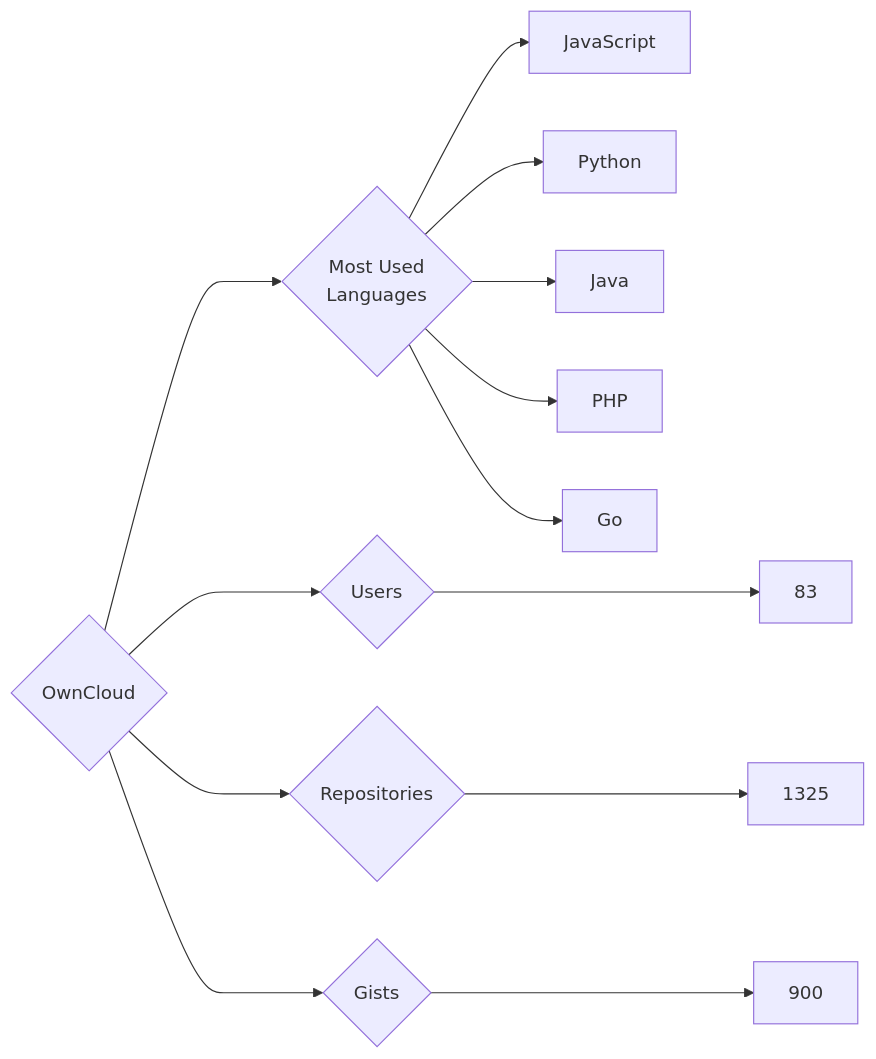
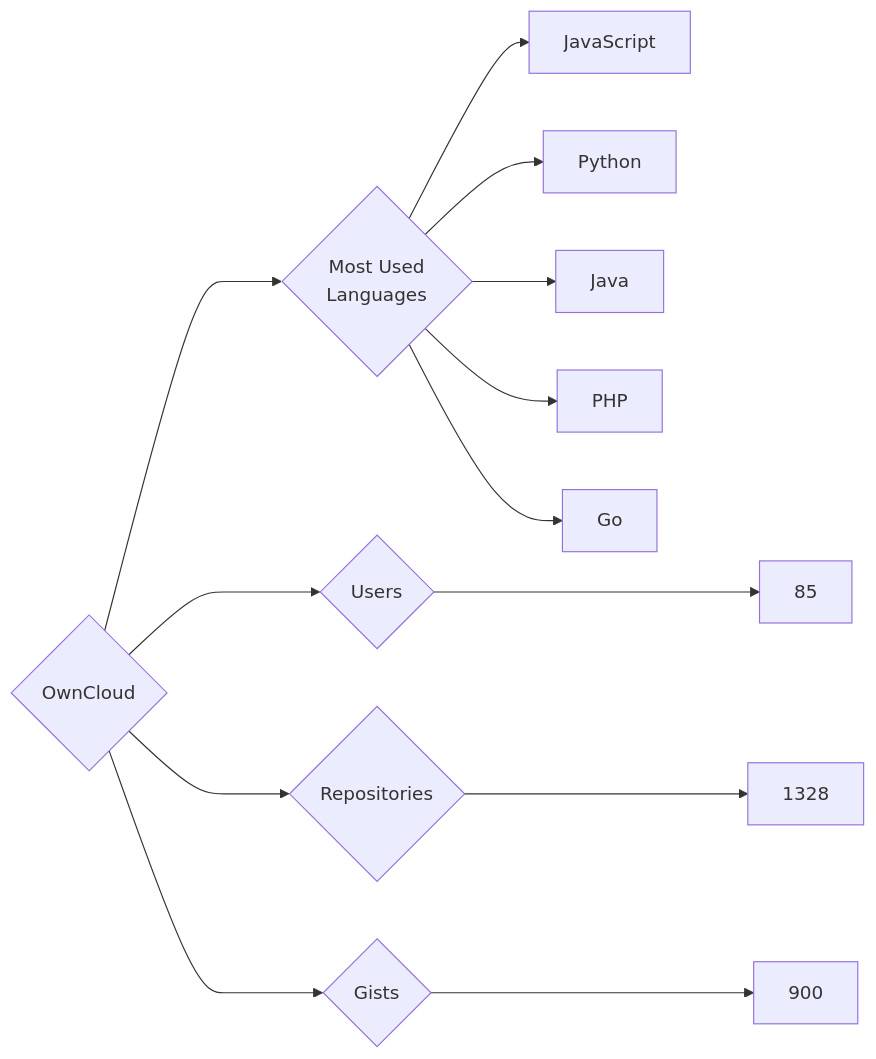
One commit to trickest/insiders changed the diagram in targets/OwnCloud/README.md. Above: the diagram before and after it, drawn with Mermaid. The commit also changed 877 other files, not shown here.

````diff
--- a/targets/OwnCloud/README.md
+++ b/targets/OwnCloud/README.md
@@ -3,13 +3,13 @@
 ```mermaid
 graph LR
 COMPANY_NAME{OwnCloud}
-COMPANY_NAME ---> U{Users} ---> UN[83]
-COMPANY_NAME ---> R{Repositories} ---> RN[1325]
+COMPANY_NAME ---> U{Users} ---> UN[85]
+COMPANY_NAME ---> R{Repositories} ---> RN[1328]
 COMPANY_NAME ---> G{Gists} ---> GN[900]
 COMPANY_NAME ---> ML{Most Used<br>Languages}
 ML --> JavaScript[JavaScript]
 ML --> Python[Python]
 ML --> Java[Java]
 ML --> PHP[PHP]
 ML --> Go[Go]
 ```
````
